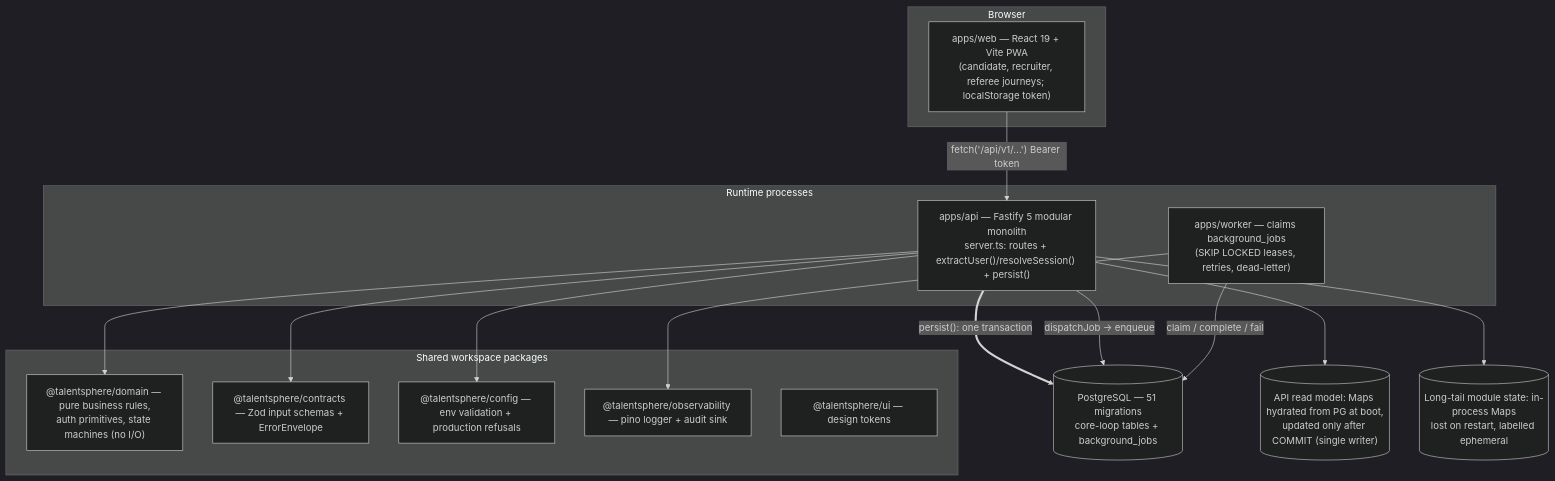
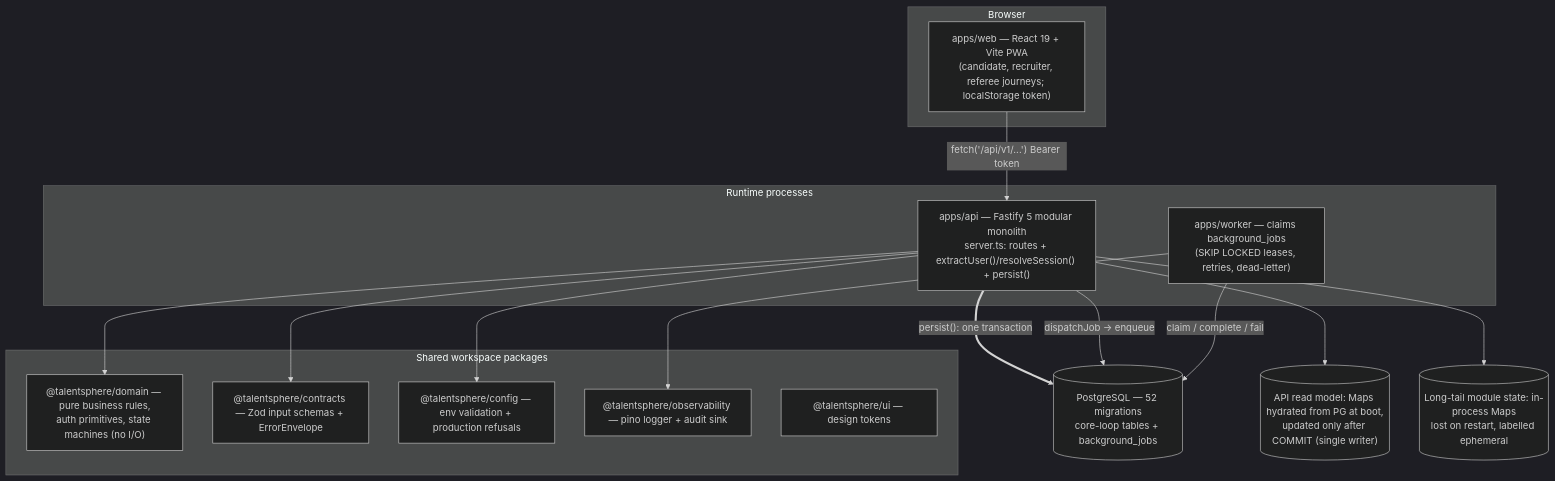
Before and after one commit to yhsomani/talentsphere-complete: the diagram in ARCHITECTURE.md, drawn with Mermaid (dark theme). The commit also changed other lines of this file and 28 other files, not shown here.

````diff
--- a/ARCHITECTURE.md
+++ b/ARCHITECTURE.md
@@ -45,31 +45,31 @@
 ```mermaid
 flowchart TD
     subgraph Browser
         WEB["apps/web — React 19 + Vite PWA<br/>(candidate, recruiter, referee journeys; localStorage token)"]
     end
     subgraph Runtime processes
         API["apps/api — Fastify 5 modular monolith<br/>server.ts: routes + extractUser()/resolveSession() + persist()"]
         WORKER["apps/worker — claims background_jobs<br/>(SKIP LOCKED leases, retries, dead-letter)"]
     end
     subgraph Shared workspace packages
         DOM["@talentsphere/domain — pure business rules,<br/>auth primitives, state machines (no I/O)"]
         CON["@talentsphere/contracts — Zod input schemas + ErrorEnvelope"]
         CFG["@talentsphere/config — env validation + production refusals"]
         OBS["@talentsphere/observability — pino logger + audit sink"]
         UI["@talentsphere/ui — design tokens"]
     end
-    PG[("PostgreSQL — 51 migrations<br/>core-loop tables + background_jobs")]
+    PG[("PostgreSQL — 52 migrations<br/>core-loop tables + background_jobs")]
     RM[("API read model: Maps hydrated from PG at boot,<br/>updated only after COMMIT (single writer)")]
     MEM[("Long-tail module state: in-process Maps<br/>lost on restart, labelled ephemeral")]
 
     WEB -- "fetch('/api/v1/...') Bearer token" --> API
     API --> DOM
     API --> CON
     API --> CFG
     API == "persist(): one transaction" ==> PG
     API --> RM
     API --> MEM
     API -- "dispatchJob → enqueue" --> PG
     WORKER -- "claim / complete / fail" --> PG
     WORKER --> OBS
 ```
````
